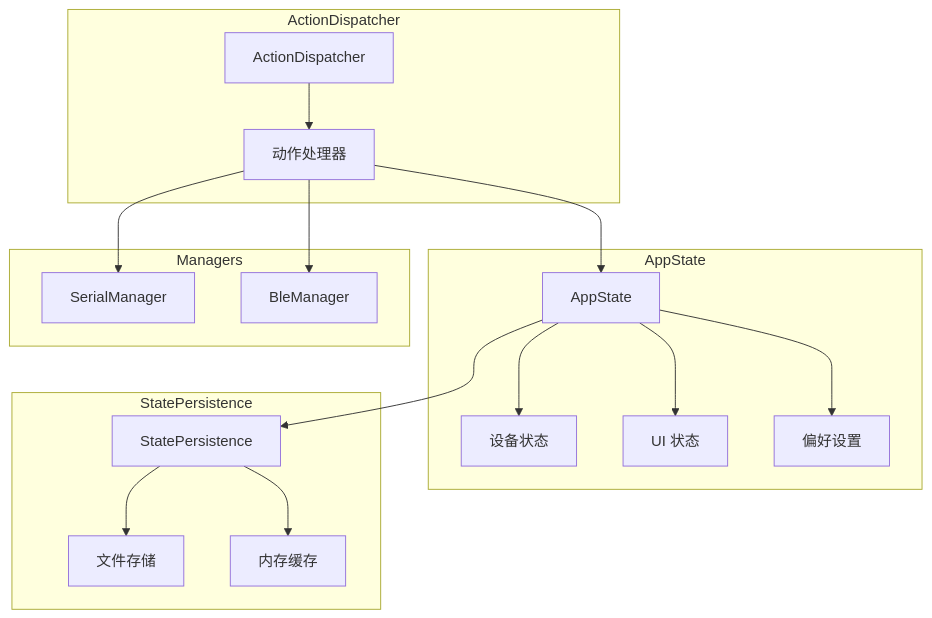
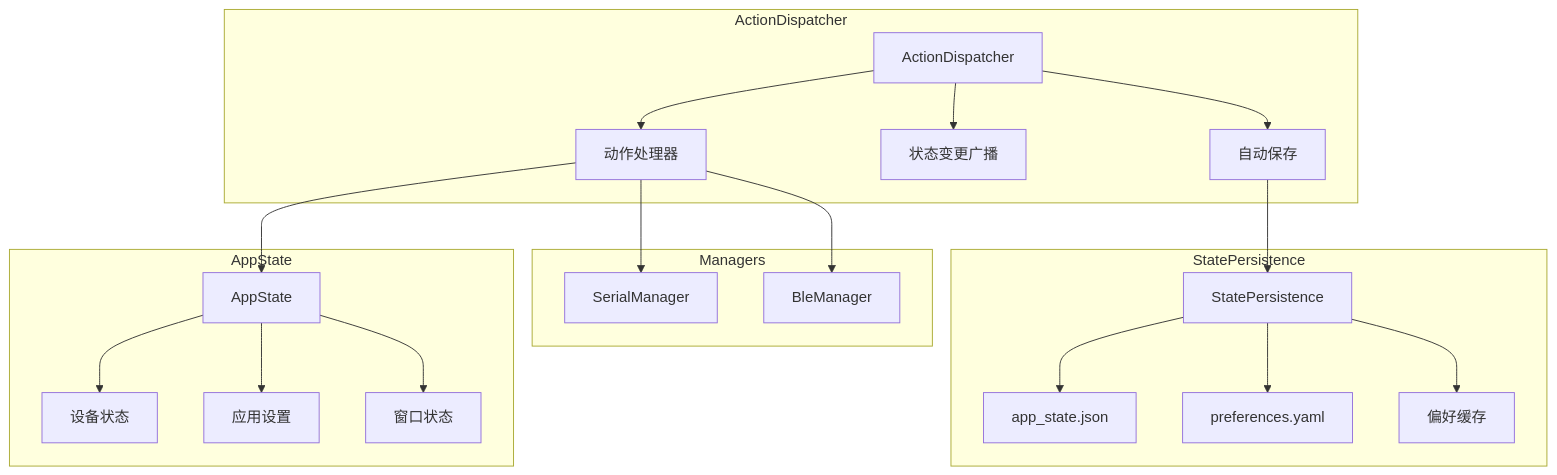
One commit to XiaoPb/combridge changed the first of 2 diagrams in docs/architecture/backend/state-module.md. Above: the diagram before and after it, drawn with Mermaid. The commit also changed other lines of this file and 10 other files, not shown here.

````diff
--- a/docs/architecture/backend/state-module.md
+++ b/docs/architecture/backend/state-module.md
@@ -94,38 +120,44 @@
 ```mermaid
 graph TB
     subgraph ActionDispatcher
         AD[ActionDispatcher]
         Handlers[动作处理器]
+        Broadcast[状态变更广播]
+        AutoSave[自动保存]
     end
-    
+
     subgraph AppState
         AS[AppState]
         Devices[设备状态]
-        UI[UI 状态]
-        Prefs[偏好设置]
+        Settings[应用设置]
+        Window[窗口状态]
     end
-    
+
     subgraph StatePersistence
         SP[StatePersistence]
-        File[文件存储]
-        Cache[内存缓存]
+        StateFile[app_state.json]
+        PrefsFile[preferences.yaml]
+        PrefsCache[偏好缓存]
     end
-    
+
     subgraph Managers
         Serial[SerialManager]
         Ble[BleManager]
     end
-    
+
     AD --> Handlers
     Handlers --> AS
     Handlers --> Serial
     Handlers --> Ble
-    
+    AD --> Broadcast
+    AD --> AutoSave
+
     AS --> Devices
-    AS --> UI
-    AS --> Prefs
-    
-    AS --> SP
-    SP --> File
-    SP --> Cache
+    AS --> Settings
+    AS --> Window
+
+    AutoSave --> SP
+    SP --> StateFile
+    SP --> PrefsFile
+    SP --> PrefsCache
 ```
````
